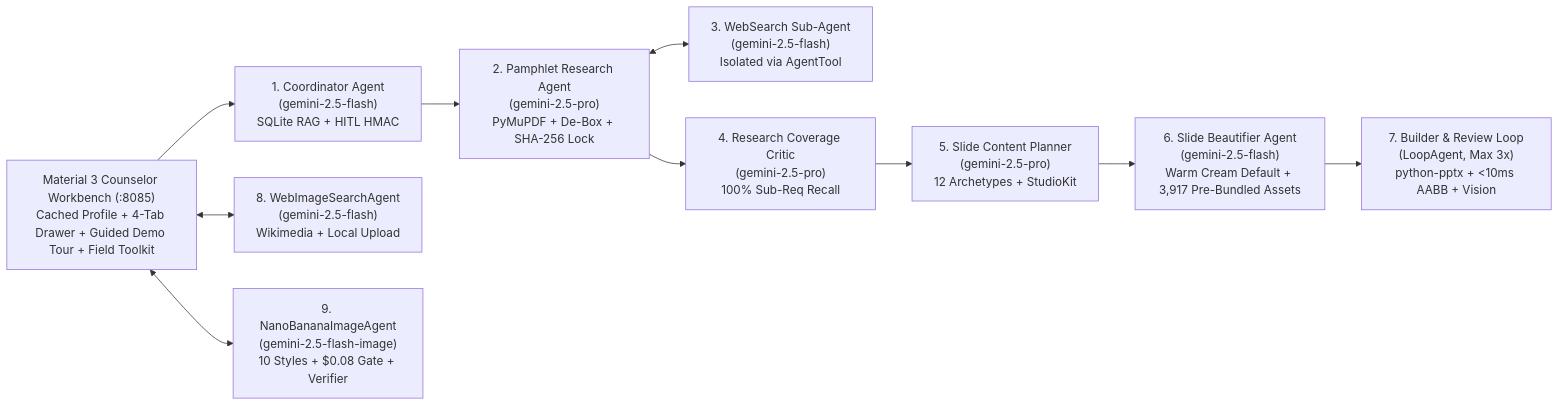
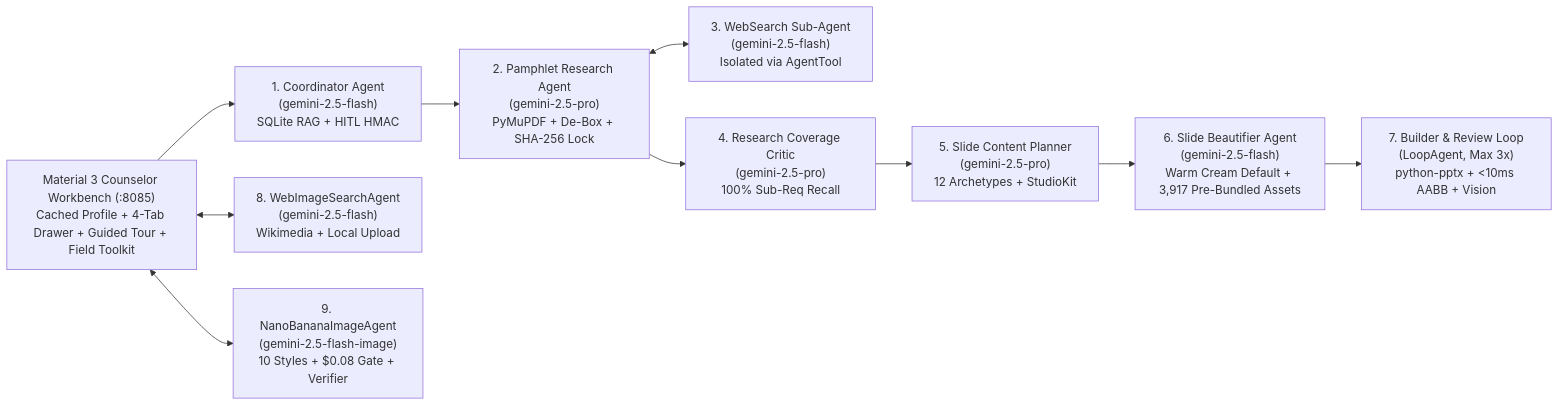
The first of 2 diagrams in docs/TDD.md (clayberg/scouts-bsa-merit-badge-agent), drawn with Mermaid before and after one commit. The commit also changed other lines of this file and 23 other files, not shown here.

Commit message:
feat(ui,tour,ci): implement 18 Guided Tour & Workbench UX improvements and fix ruff CI lint

````diff
--- a/docs/TDD.md
+++ b/docs/TDD.md
@@ -87,12 +87,12 @@
 ```mermaid
 flowchart LR
-    UI["Material 3 Counselor Workbench (:8085)\nCached Profile + 4-Tab Drawer + Guided Demo Tour + Field Toolkit"] --> COORD["1. Coordinator Agent\n(gemini-2.5-flash)\nSQLite RAG + HITL HMAC"]
+    UI["Material 3 Counselor Workbench (:8085)\nCached Profile + 4-Tab Drawer + Guided Tour + Field Toolkit"] --> COORD["1. Coordinator Agent\n(gemini-2.5-flash)\nSQLite RAG + HITL HMAC"]
     COORD --> RES["2. Pamphlet Research Agent\n(gemini-2.5-pro)\nPyMuPDF + De-Box + SHA-256 Lock"]
     RES <--> SEARCH["3. WebSearch Sub-Agent\n(gemini-2.5-flash)\nIsolated via AgentTool"]
     RES --> RCRIT["4. Research Coverage Critic\n(gemini-2.5-pro)\n100% Sub-Req Recall"]
     RCRIT --> PLAN["5. Slide Content Planner\n(gemini-2.5-pro)\n12 Archetypes + StudioKit"]
     PLAN --> BEAUT["6. Slide Beautifier Agent\n(gemini-2.5-flash)\nWarm Cream Default + 3,917 Pre-Bundled Assets"]
     BEAUT --> LOOP["7. Builder & Review Loop\n(LoopAgent, Max 3x)\npython-pptx + <10ms AABB + Vision"]
     UI <--> IMG_WEB["8. WebImageSearchAgent\n(gemini-2.5-flash)\nWikimedia + Local Upload"]
     UI <--> IMG_AI["9. NanoBananaImageAgent\n(gemini-2.5-flash-image)\n10 Styles + $0.08 Gate + Verifier"]
 ```
````
